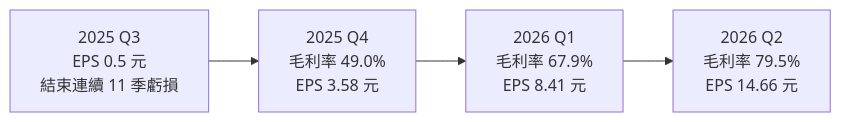
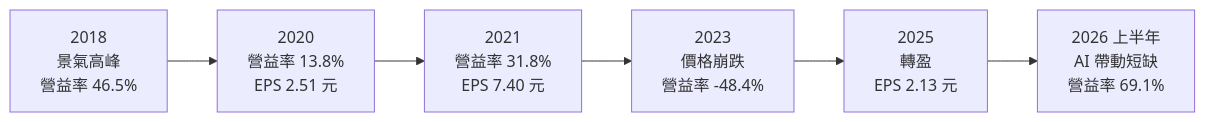
The second of 3 diagrams in 個股/台股/2408南亞科.md (wangnick1004/taiwan-stock-vault), drawn with Mermaid before and after one commit. The commit also changed other lines of this file and 12 other files, not shown here.

````diff
--- a/個股/台股/2408南亞科.md
+++ b/個股/台股/2408南亞科.md
@@ -131,4 +138,4 @@
 ```mermaid
 flowchart LR
-    Q3["2025 Q3<br/>EPS 0.5 元<br/>結束連續 11 季虧損"] --> Q4["2025 Q4<br/>毛利率 49.0%<br/>EPS 3.58 元"] --> Q1["2026 Q1<br/>毛利率 67.9%<br/>EPS 8.41 元"] --> Q2["2026 Q2<br/>毛利率 79.5%<br/>EPS 14.66 元"]
+    Y18["2018<br/>景氣高峰<br/>營益率 46.5%"] --> Y20["2020<br/>營益率 13.8%<br/>EPS 2.51 元"] --> Y21["2021<br/>營益率 31.8%<br/>EPS 7.40 元"] --> Y23["2023<br/>價格崩跌<br/>營益率 -48.4%"] --> Y25["2025<br/>轉盈<br/>EPS 2.13 元"] --> H26["2026 上半年<br/>AI 帶動短缺<br/>營益率 69.1%"]
 ```
````
